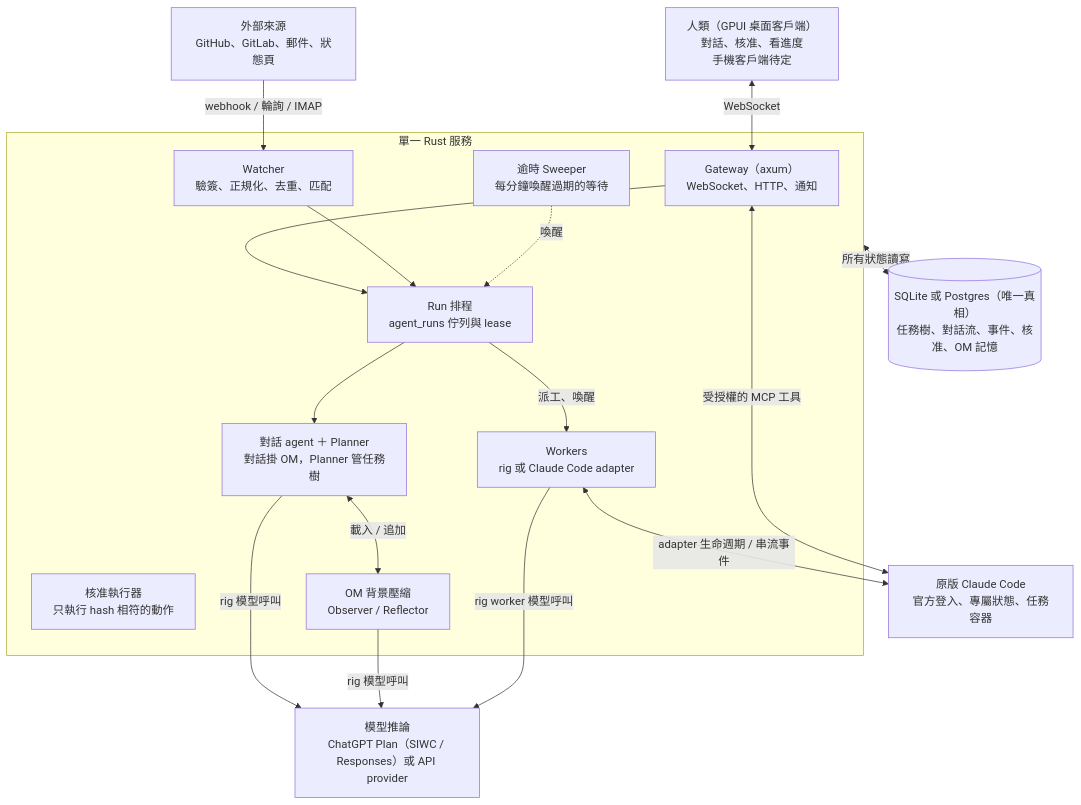
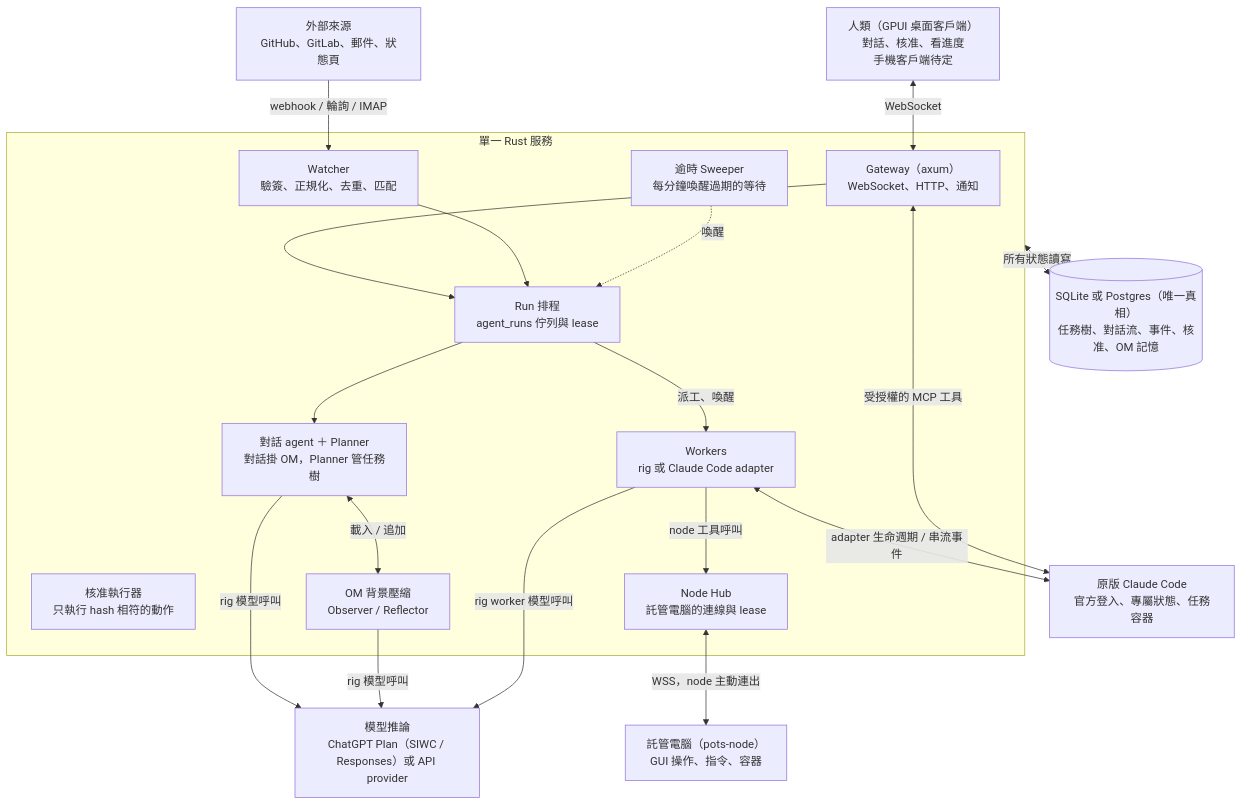
Before and after one commit to iceice666/pots: the diagram in proposal/architecture.md, drawn with Mermaid. The commit also changed other lines of this file and 11 other files, not shown here.

````diff
--- a/proposal/architecture.md
+++ b/proposal/architecture.md
@@ -9,35 +9,40 @@
 ```mermaid
 flowchart TB
     human["人類（GPUI 桌面客戶端）<br/>對話、核准、看進度<br/>手機客戶端待定"]
     sources["外部來源<br/>GitHub、GitLab、郵件、狀態頁"]
 
     subgraph service["單一 Rust 服務"]
         gateway["Gateway（axum）<br/>WebSocket、HTTP、通知"]
         scheduler["Run 排程<br/>agent_runs 佇列與 lease"]
         watcher["Watcher<br/>驗簽、正規化、去重、匹配"]
         agents["對話 agent ＋ Planner<br/>對話掛 OM，Planner 管任務樹"]
         workers["Workers<br/>rig 或 Claude Code adapter"]
         approver["核准執行器<br/>只執行 hash 相符的動作"]
         om["OM 背景壓縮<br/>Observer / Reflector"]
         sweeper["逾時 Sweeper<br/>每分鐘喚醒過期的等待"]
+        hub["Node Hub<br/>託管電腦的連線與 lease"]
     end
+
+    node["託管電腦（pots-node）<br/>GUI 操作、指令、容器"]
 
     db[("SQLite 或 Postgres（唯一真相）<br/>任務樹、對話流、事件、核准、OM 記憶")]
     llm["模型推論<br/>ChatGPT Plan（SIWC / Responses）或 API provider"]
     claude["原版 Claude Code<br/>官方登入、專屬狀態、任務容器"]
 
     human <-->|WebSocket| gateway
     sources -->|"webhook / 輪詢 / IMAP"| watcher
     gateway --> scheduler
     watcher --> scheduler
     sweeper -.->|喚醒| scheduler
     scheduler --> agents
     scheduler -->|"派工、喚醒"| workers
     agents <-->|"載入 / 追加"| om
     service <-->|所有狀態讀寫| db
     agents -->|rig 模型呼叫| llm
     om -->|rig 模型呼叫| llm
     workers -->|rig worker 模型呼叫| llm
     workers <-->|adapter 生命週期 / 串流事件| claude
     claude <-->|受授權的 MCP 工具| gateway
+    workers -->|node 工具呼叫| hub
+    hub <-->|"WSS，node 主動連出"| node
 ```
````
